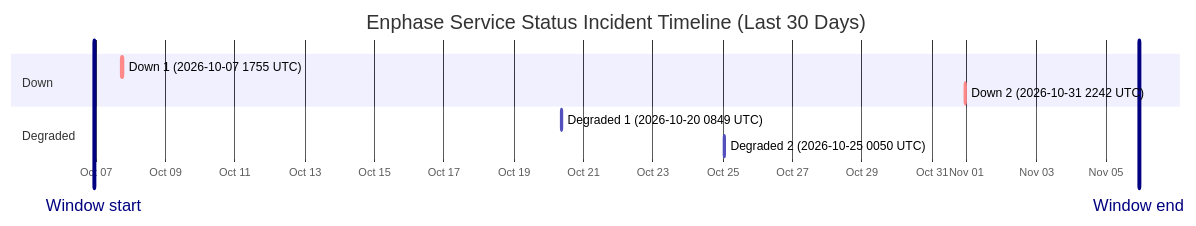
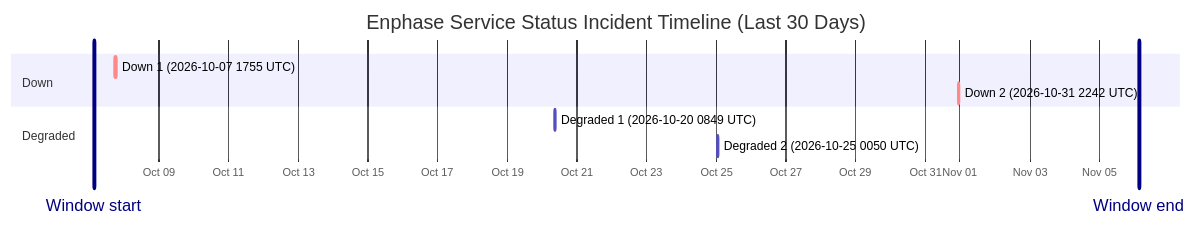
The diagram in wiki/Service-Status-History.md (barneyonline/ha-enphase-energy), drawn with Mermaid before and after one commit. The commit also changed other lines of this file and 3 other files, not shown here.

````diff
--- a/wiki/Service-Status-History.md
+++ b/wiki/Service-Status-History.md
@@ -14,14 +14,14 @@
 ```mermaid
 gantt
     title Enphase Service Status Incident Timeline (Last 30 Days)
     dateFormat  YYYY-MM-DDTHH:mm:ss
     axisFormat  %b %d
-    Window start :vert, window-start, 2026-10-06T22:45:32, 0ms
-    Window end :vert, window-end, 2026-11-05T22:45:32, 0ms
+    Window start :vert, window-start, 2026-10-07T03:10:27, 0ms
+    Window end :vert, window-end, 2026-11-06T03:10:27, 0ms
     section Down
     Down 1 (2026-10-07 1755 UTC) :crit, down-1, 2026-10-07T17:55:16, 60m
     Down 2 (2026-10-31 2242 UTC) :crit, down-2, 2026-10-31T22:42:18, 60m
     section Degraded
     Degraded 1 (2026-10-20 0849 UTC) :active, degraded-1, 2026-10-20T08:49:49, 60m
     Degraded 2 (2026-10-25 0050 UTC) :active, degraded-2, 2026-10-25T00:50:01, 60m
 ```
````
